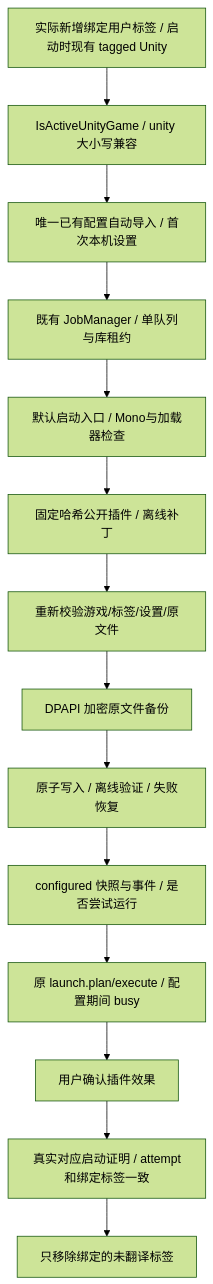
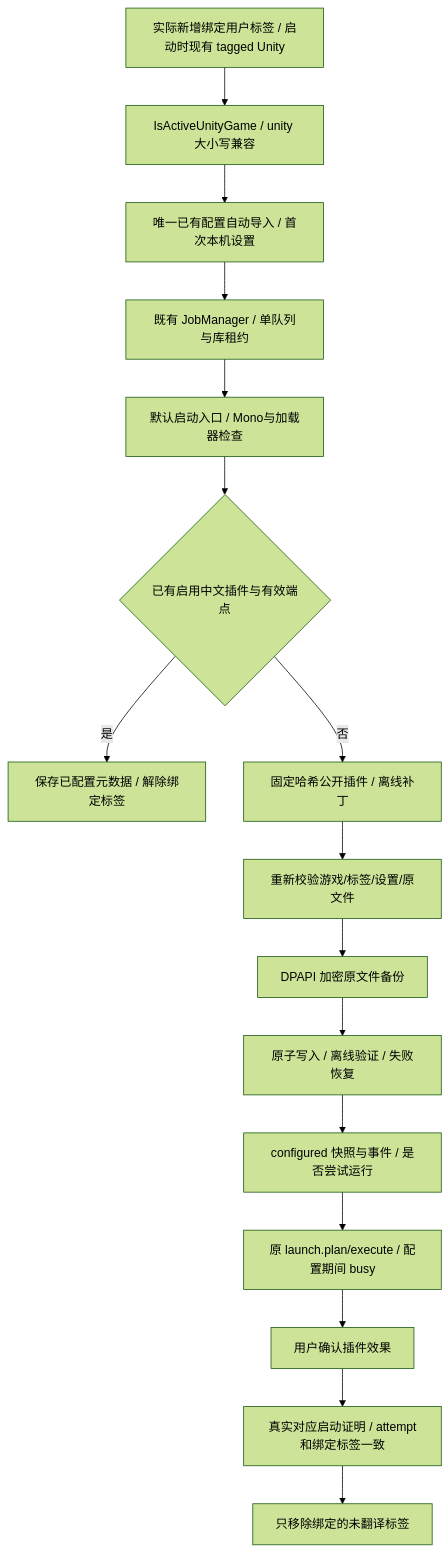
Before and after one commit to sumingwang233/GameLibrary: the third of 8 diagrams in docs/code-review-graph/flows.md, drawn with Mermaid (forest theme). The commit also changed 26 other files, not shown here.

````diff
--- a/docs/code-review-graph/flows.md
+++ b/docs/code-review-graph/flows.md
@@ -43,16 +43,18 @@
 ```mermaid
 flowchart TD
     Tag[实际新增绑定用户标签 / 启动时现有 tagged Unity] --> Engine[IsActiveUnityGame / unity 大小写兼容]
     Engine --> Settings[唯一已有配置自动导入 / 首次本机设置]
     Settings --> Queue[既有 JobManager / 单队列与库租约]
     Queue --> Inspect[默认启动入口 / Mono与加载器检查]
-    Inspect --> Files[固定哈希公开插件 / 离线补丁]
+    Inspect --> Existing{已有启用中文插件与有效端点}
+    Existing -->|是| ExistingTag[保存已配置元数据 / 解除绑定标签]
+    Existing -->|否| Files[固定哈希公开插件 / 离线补丁]
     Files --> Recheck[重新校验游戏/标签/设置/原文件]
     Recheck --> Backup[DPAPI 加密原文件备份]
     Backup --> Write[原子写入 / 离线验证 / 失败恢复]
     Write --> Prompt[configured 快照与事件 / 是否尝试运行]
     Prompt --> Launch[原 launch.plan/execute / 配置期间 busy]
     Launch --> Result[用户确认插件效果]
     Result --> Confirm[真实对应启动证明 / attempt和绑定标签一致]
     Confirm --> Untag[只移除绑定的未翻译标签]
 ```
````
